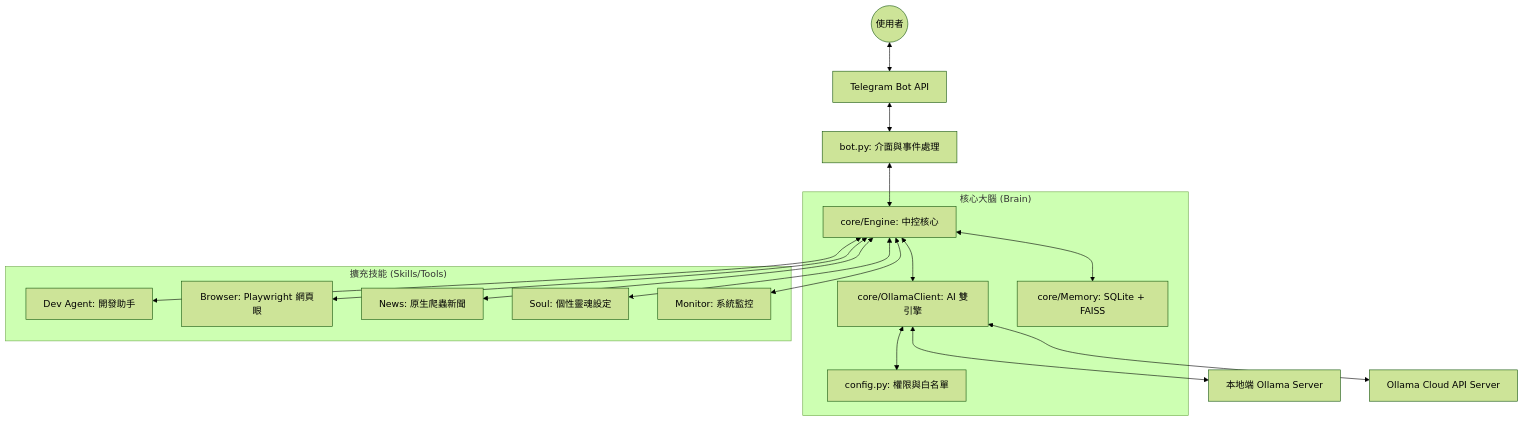
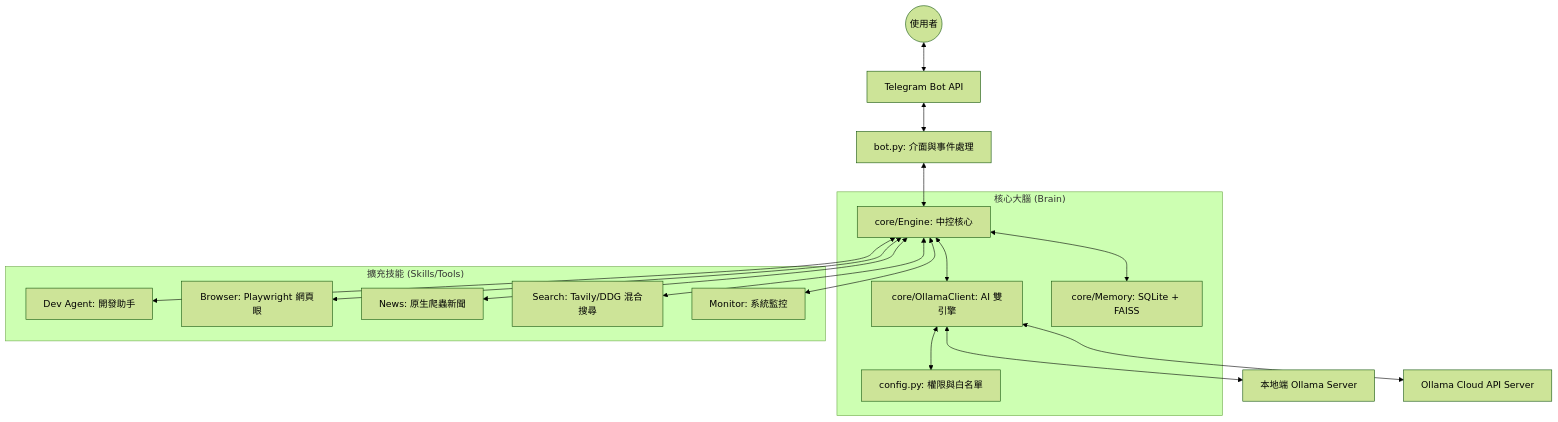
One commit to nchiyi/mini_agent_team changed the diagram in README.md. Above: the diagram before and after it, drawn with Mermaid (forest theme). The commit also changed other lines of this file and 2 other files, not shown here.

Commit message:
Refactor: Extract duplicate prompt logic in core Engine and update README

````diff
--- a/README.md
+++ b/README.md
@@ -11,23 +11,23 @@
 ```mermaid
 graph TD
     User((使用者)) <--> Telegram[Telegram Bot API]
     Telegram <--> BotPy[bot.py: 介面與事件處理]
     BotPy <--> Engine[core/Engine: 中控核心]
     
     subgraph "核心大腦 (Brain)"
         Engine <--> LLM[core/OllamaClient: AI 雙引擎]
         Engine <--> Memory[core/Memory: SQLite + FAISS]
         LLM <--> Config[config.py: 權限與白名單]
     end
 
     subgraph "擴充技能 (Skills/Tools)"
         Engine <--> Skill1[Dev Agent: 開發助手]
         Engine <--> Skill2[Browser: Playwright 網頁眼]
         Engine <--> Skill3[News: 原生爬蟲新聞]
-        Engine <--> Skill4[Soul: 個性靈魂設定]
+        Engine <--> Skill4[Search: Tavily/DDG 混合搜尋]
         Engine <--> Skill5[Monitor: 系統監控]
     end
 
     LLM <--> LocalOllama[本地端 Ollama Server]
     LLM <--> CloudOllama[Ollama Cloud API Server]
 ```
````
